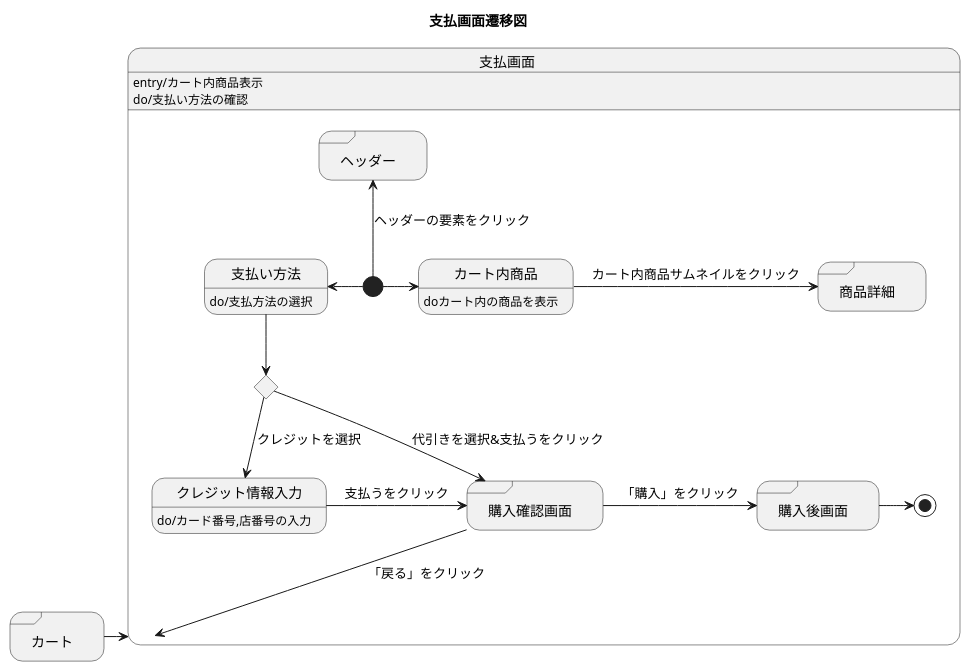
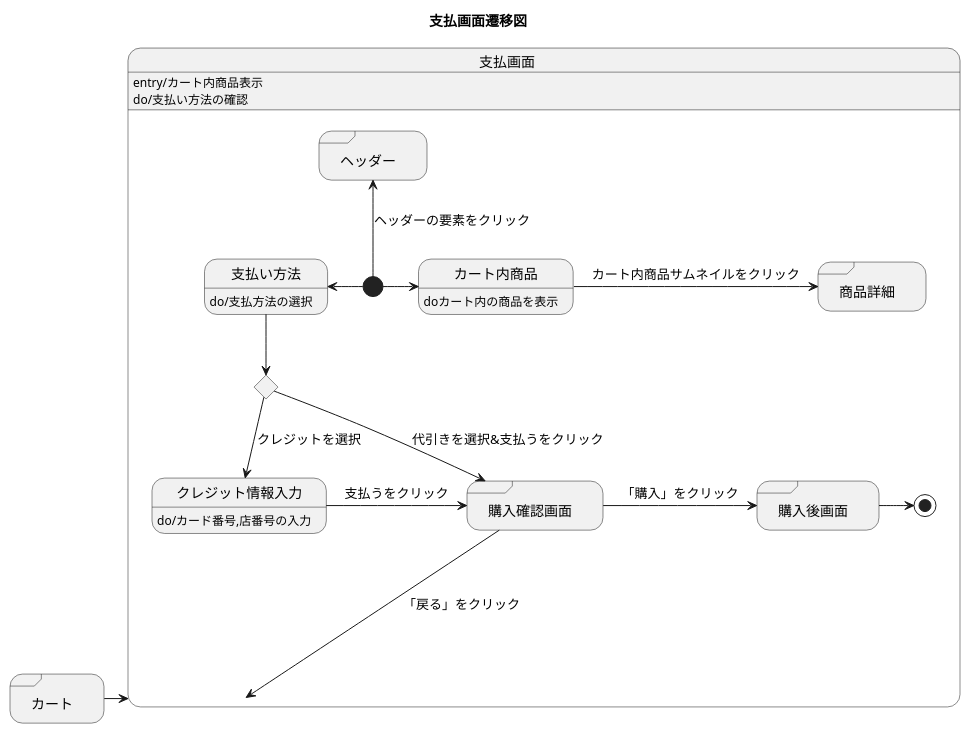
Before and after one commit to akutori/T-D-E: the diagram in 支払画面.md, drawn with PlantUML.

Commit message:
試験的に変更

````diff
--- a/支払画面.md
+++ b/支払画面.md
@@ -1,33 +1,33 @@
 ```uml
 @startuml
 title 支払画面遷移図
 state 支払画面:entry/カート内商品表示
 state 支払画面:do/支払い方法の確認
 state "カート" as cart <<sdlreceive>>
 
 cart->支払画面
 
 state 支払画面{
     state input <<choice>>
     state "ヘッダー" as headder <<sdlreceive>>
     state "購入確認画面" as PurchaseConfirmation <<sdlreceive>>
     state "商品詳細" as detail <<sdlreceive>>
     state "購入後画面" as boughtpage <<sdlreceive>>
     state 支払い方法:do/支払方法の選択
     state クレジット情報入力:do/カード番号,店番号の入力
     state カート内商品:doカート内の商品を表示
 
     [*]-left->支払い方法
     [*]->カート内商品
     [*]-up->headder : ヘッダーの要素をクリック
     支払い方法-->input
     input-> PurchaseConfirmation : 代引きを選択&支払うをクリック
     input--> クレジット情報入力 : クレジットを選択
     クレジット情報入力 -> PurchaseConfirmation : 支払うをクリック
     カート内商品->detail : カート内商品サムネイルをクリック
     PurchaseConfirmation -> boughtpage : 「購入」をクリック
-    PurchaseConfirmation -->支払画面  : 「戻る」をクリック
+    PurchaseConfirmation --->支払画面  : 「戻る」をクリック
     boughtpage ->[*]
 }
 @enduml
 ```
````
